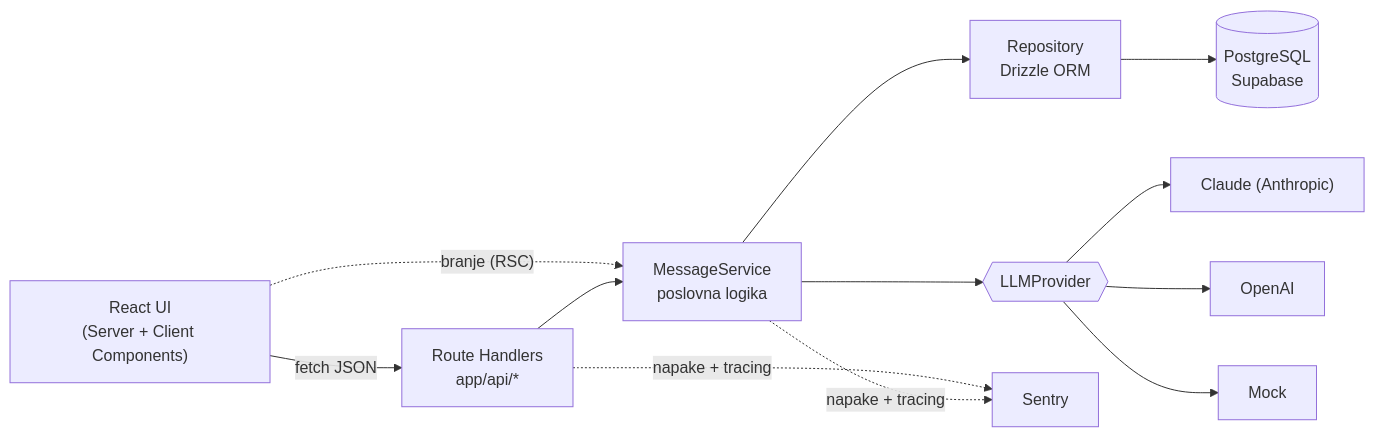
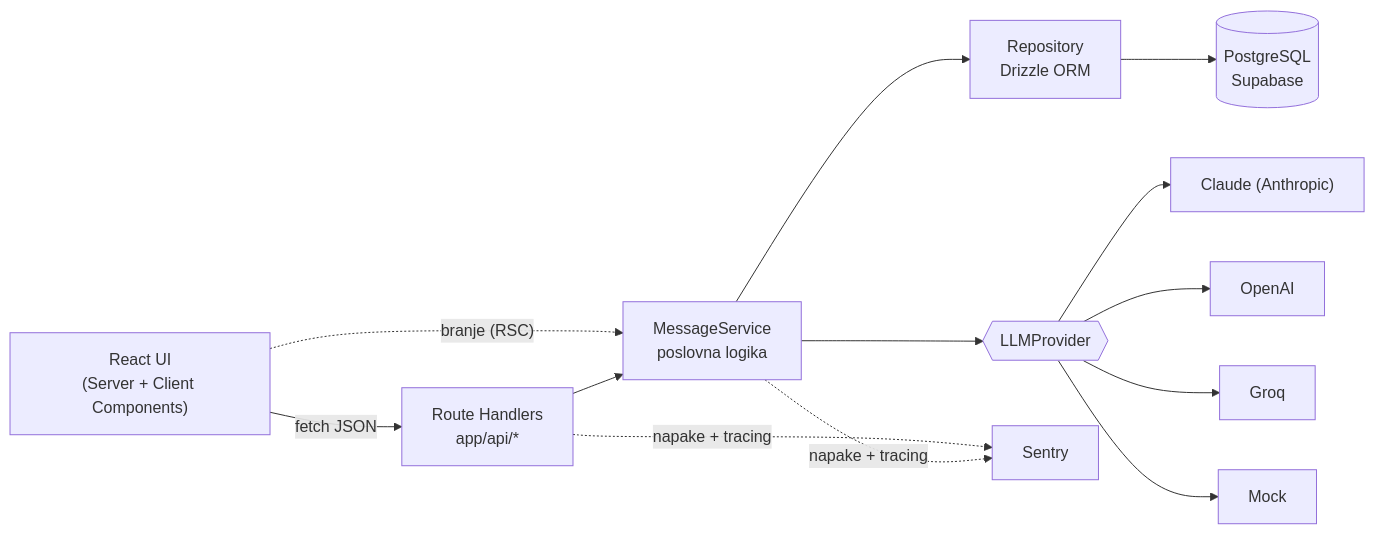
The first of 2 diagrams in README.md (BlazOpi/mini-ai-support-inbox), drawn with Mermaid before and after one commit. The commit also changed other lines of this file, not shown here.

Commit message:
docs: README for threads, local database, Groq and the AI counter

````diff
--- a/README.md
+++ b/README.md
@@ -53,12 +58,13 @@
 ```mermaid
 flowchart LR
   UI["React UI<br/>(Server + Client Components)"] -->|fetch JSON| API["Route Handlers<br/>app/api/*"]
   UI -. "branje (RSC)" .-> SVC
   API --> SVC["MessageService<br/>poslovna logika"]
   SVC --> REPO["Repository<br/>Drizzle ORM"] --> DB[(PostgreSQL<br/>Supabase)]
   SVC --> LLM{{"LLMProvider"}}
   LLM --> A["Claude (Anthropic)"]
   LLM --> O["OpenAI"]
+  LLM --> G["Groq"]
   LLM --> M["Mock"]
   API & SVC -. "napake + tracing" .-> S["Sentry"]
 ```
````
